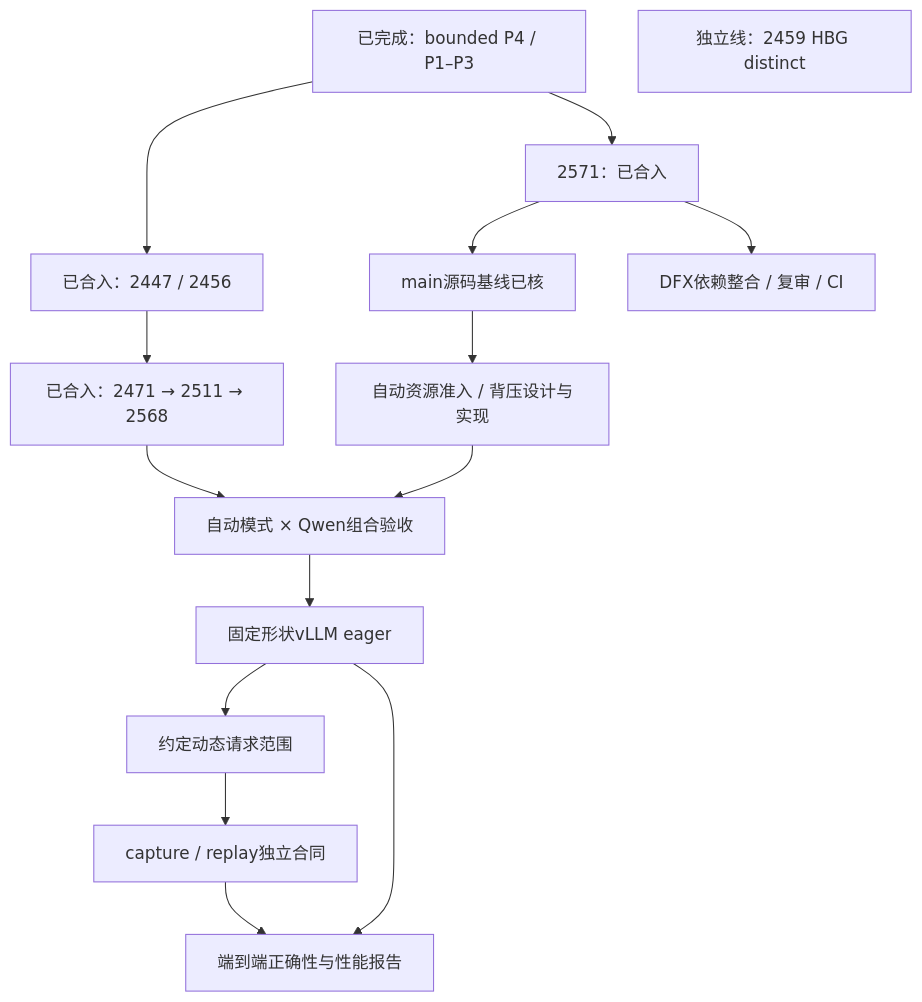
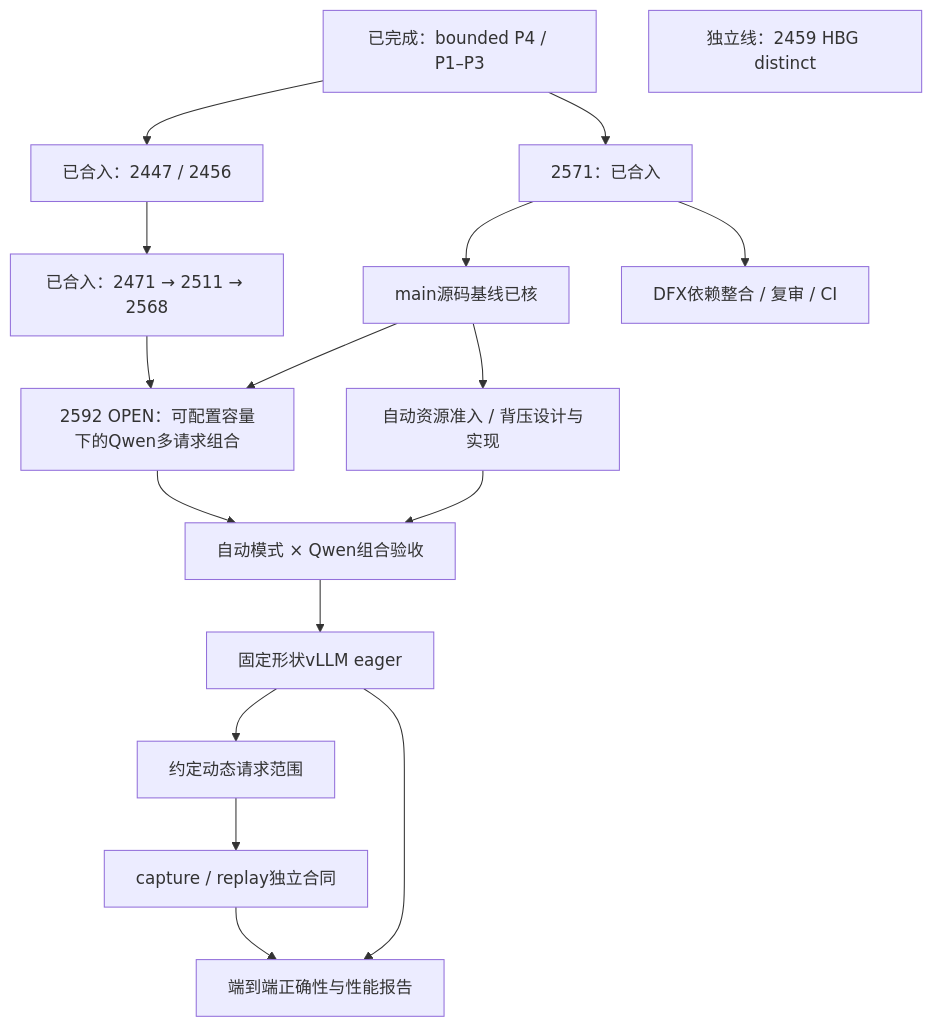
One commit to ChaoWao/simpler-fork changed the diagram in references/pipeline-a/run-pipeline-track-a.md. Above: the diagram before and after it, drawn with Mermaid. The commit also changed other lines of this file and 9 other files, not shown here.

````diff
--- a/references/pipeline-a/run-pipeline-track-a.md
+++ b/references/pipeline-a/run-pipeline-track-a.md
@@ -59,17 +59,19 @@
 ```mermaid
 flowchart TD
   S1[已完成：bounded P4 / P1–P3] --> S2[已合入：2447 / 2456]
   S2 --> S3[已合入：2471 → 2511 → 2568]
   S1 --> R1[2571：已合入]
   R1 --> B[main源码基线已核]
   B --> A[自动资源准入 / 背压设计与实现]
   A --> C[自动模式 × Qwen组合验收]
-  S3 --> C
+  B --> Q[2592 OPEN：可配置容量下的Qwen多请求组合]
+  S3 --> Q
+  Q --> C
   R1 --> D[DFX依赖整合 / 复审 / CI]
   C --> E[固定形状vLLM eager]
   E --> F[约定动态请求范围]
   F --> G[capture / replay独立合同]
   E --> H[端到端正确性与性能报告]
   G --> H
   X[独立线：2459 HBG distinct]
 ```
````
